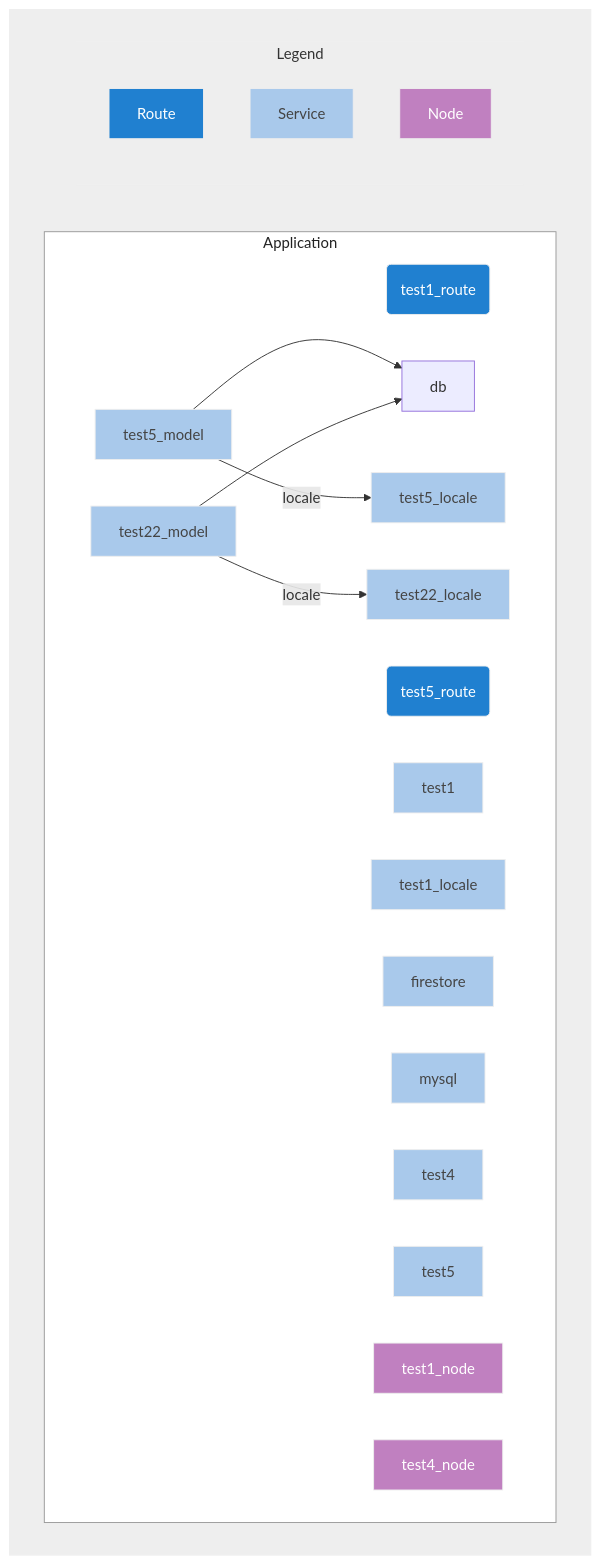
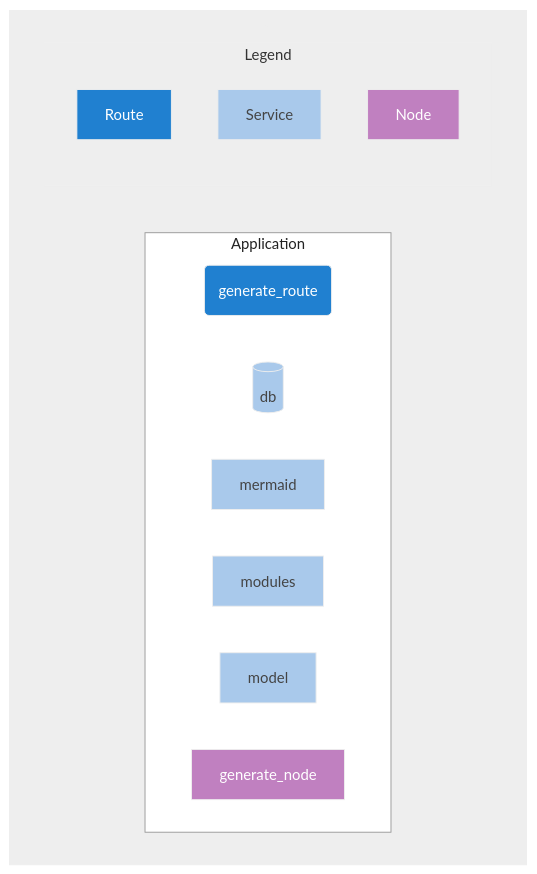
Before and after one commit to franck-yvetot/nxn-cli: the diagram in client_data/default/config_default.README.mmd, drawn with Mermaid. The commit also changed 5 other files, not shown here.

```diff
--- a/client_data/default/config_default.README.mmd
+++ b/client_data/default/config_default.README.mmd
@@ -1,43 +1,31 @@
 graph LR;
 subgraph main
     direction LR;
 
     subgraph Application
         direction LR;
         classDef nodeCls fill:#C080C0,stroke:#eee,color:#fff
         classDef routeCls fill:#2080D0,stroke:#eee,color:#fff
         classDef nodCls fill:#C080C0,stroke:#eee,color:#fff
         classDef serviceCls fill:#A9C9EB,stroke:#eee,color:#444
-    test1_route("test1_route"):::routeCls
-    test5_route("test5_route"):::routeCls
-    test1["test1"]:::serviceCls
-    test1_locale["test1_locale"]:::serviceCls
-    firestore["firestore"]:::serviceCls
-    mysql["mysql"]:::serviceCls
-    test4["test4"]:::serviceCls
-    test5_locale["test5_locale"]:::serviceCls
-    test5_model["test5_model"]:::serviceCls
-    test5_model --> db;
-    test5_model -- locale -->test5_locale;
-    test5["test5"]:::serviceCls
-    test22_locale["test22_locale"]:::serviceCls
-    test22_model["test22_model"]:::serviceCls
-    test22_model --> db;
-    test22_model -- locale -->test22_locale;
-    test1_node["test1_node"]:::nodeCls
-    test4_node["test4_node"]:::nodeCls
+    generate_route("generate_route"):::routeCls
+    db[("db")]:::serviceCls
+    mermaid["mermaid"]:::serviceCls
+    modules["modules"]:::serviceCls
+    model["model"]:::serviceCls
+    generate_node["generate_node"]:::nodeCls
 end
 
     subgraph Legend
         Route:::routeCls
         Service:::serviceCls
         Node:::nodCls
     end
 
 end
 
 
 
 style Application fill:#fff,stroke:#999,color:#222
 style Legend fill:#eee,stroke:#eee,color:#333
 style main fill:#eee,stroke:#eee,color:#eee
```
